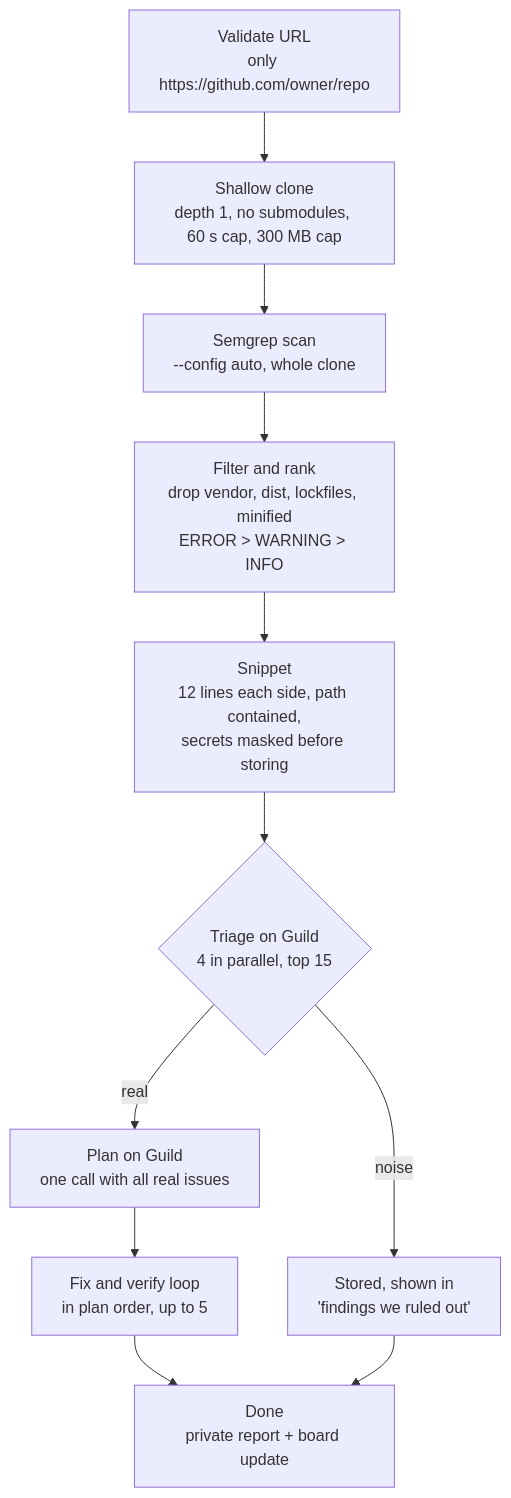
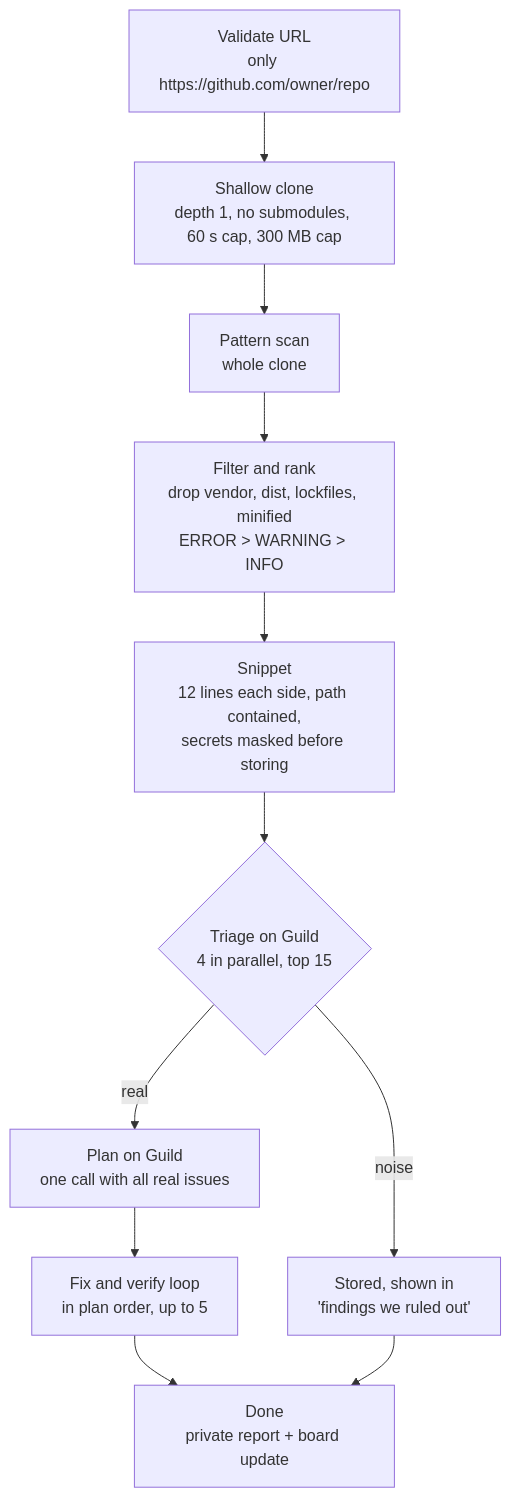
One commit to techadnank9/patchwork changed the second of 5 diagrams in README.md. Above: the diagram before and after it, drawn with Mermaid. The commit also changed other lines of this file and 24 other files, not shown here.

First line of the commit message:
Remove Semgrep; replace it with a built-in pattern scanner

````diff
--- a/README.md
+++ b/README.md
@@ -80,13 +80,13 @@
 ```mermaid
 flowchart TD
     A["Validate URL<br/>only https://github.com/owner/repo"] --> B["Shallow clone<br/>depth 1, no submodules, 60 s cap, 300 MB cap"]
-    B --> C["Semgrep scan<br/>--config auto, whole clone"]
+    B --> C["Pattern scan<br/>whole clone"]
     C --> D["Filter and rank<br/>drop vendor, dist, lockfiles, minified<br/>ERROR > WARNING > INFO"]
     D --> E["Snippet<br/>12 lines each side, path contained,<br/>secrets masked before storing"]
     E --> F{"Triage on Guild<br/>4 in parallel, top 15"}
     F -- noise --> N["Stored, shown in<br/>'findings we ruled out'"]
     F -- real --> G["Plan on Guild<br/>one call with all real issues"]
     G --> H["Fix and verify loop<br/>in plan order, up to 5"]
     H --> I["Done<br/>private report + board update"]
     N --> I
 ```
````
